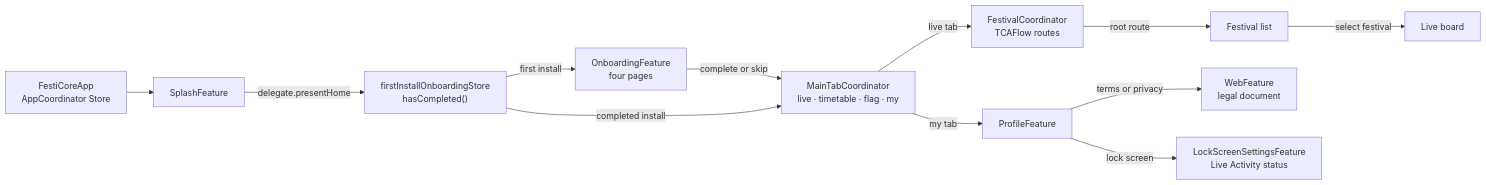
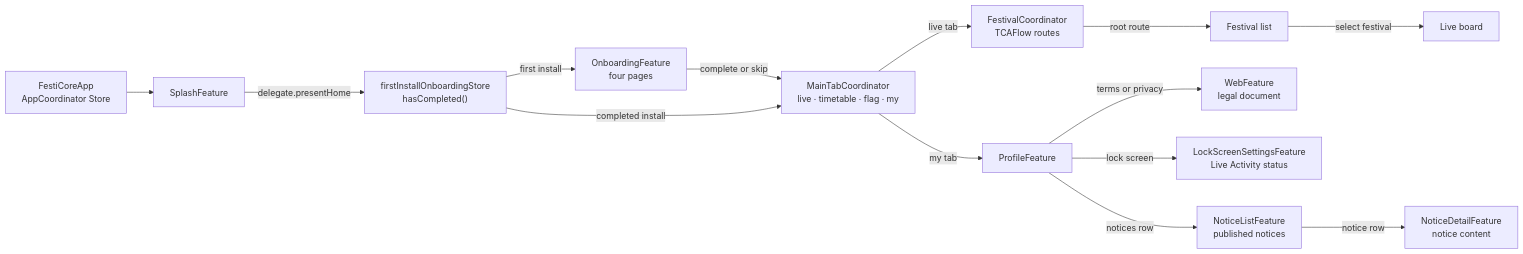
One commit to FESTICORE/FestiCore-iOS changed the diagram in docs/architecture/tca-flow.mmd. Above: the diagram before and after it, drawn with Mermaid. The commit also changed 38 other files, not shown here.

```diff
--- a/docs/architecture/tca-flow.mmd
+++ b/docs/architecture/tca-flow.mmd
@@ -1,24 +1,28 @@
 flowchart LR
   App["FestiCoreApp<br/>AppCoordinator Store"]
   Splash["SplashFeature"]
   Install["firstInstallOnboardingStore<br/>hasCompleted()"]
   Onboarding["OnboardingFeature<br/>four pages"]
   Tabs["MainTabCoordinator<br/>live · timetable · flag · my"]
   Festival["FestivalCoordinator<br/>TCAFlow routes"]
   FestivalList["Festival list"]
   LiveBoard["Live board"]
   Profile["ProfileFeature"]
   Web["WebFeature<br/>legal document"]
   LockScreen["LockScreenSettingsFeature<br/>Live Activity status"]
+  NoticeList["NoticeListFeature<br/>published notices"]
+  NoticeDetail["NoticeDetailFeature<br/>notice content"]
 
   App --> Splash
   Splash -->|delegate.presentHome| Install
   Install -->|first install| Onboarding
   Onboarding -->|complete or skip| Tabs
   Install -->|completed install| Tabs
   Tabs -->|live tab| Festival
   Festival -->|root route| FestivalList
   FestivalList -->|select festival| LiveBoard
   Tabs -->|my tab| Profile
   Profile -->|terms or privacy| Web
   Profile -->|lock screen| LockScreen
+  Profile -->|notices row| NoticeList
+  NoticeList -->|notice row| NoticeDetail
```
